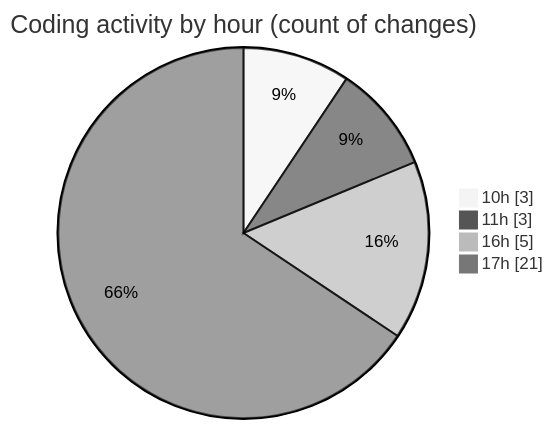
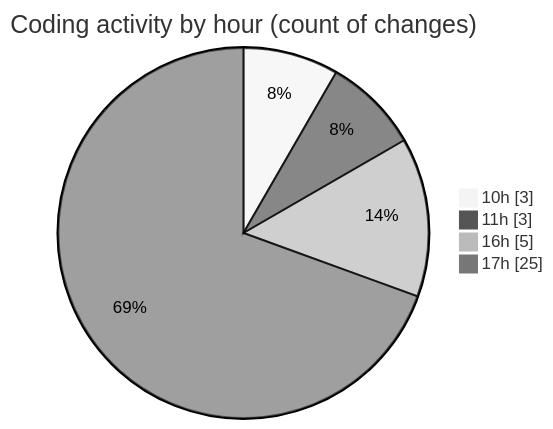
The second of 2 diagrams in 2025-02-26/micros/README.md (charlie-sans/code-tracking), drawn with Mermaid (neutral theme) before and after one commit. The commit also changed other lines of this file and 1 other file, not shown here.

````diff
--- a/2025-02-26/micros/README.md
+++ b/2025-02-26/micros/README.md
@@ -37,8 +37,8 @@
 ```mermaid
 pie showData
 title Coding activity by hour (count of changes)
 "10h" : 3
 "11h" : 3
 "16h" : 5
-"17h" : 21
+"17h" : 25
 ```
````
